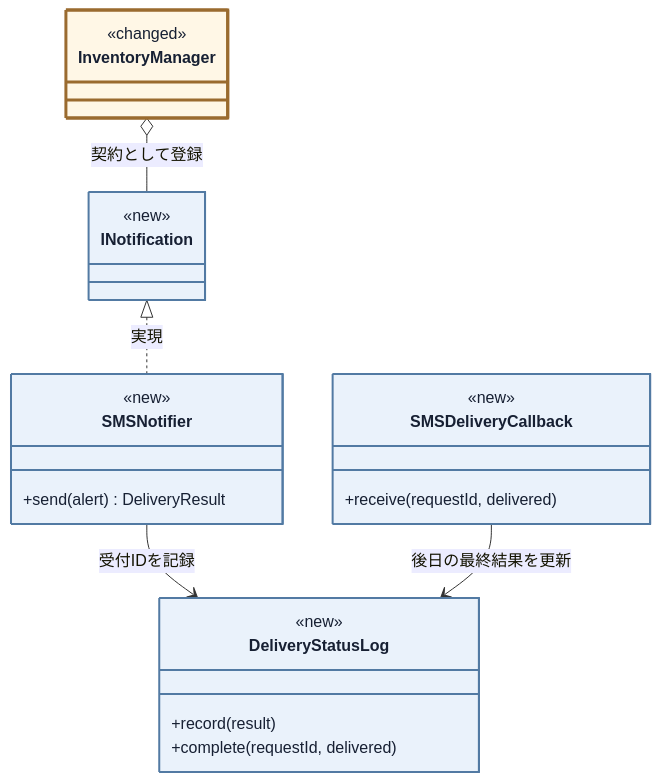
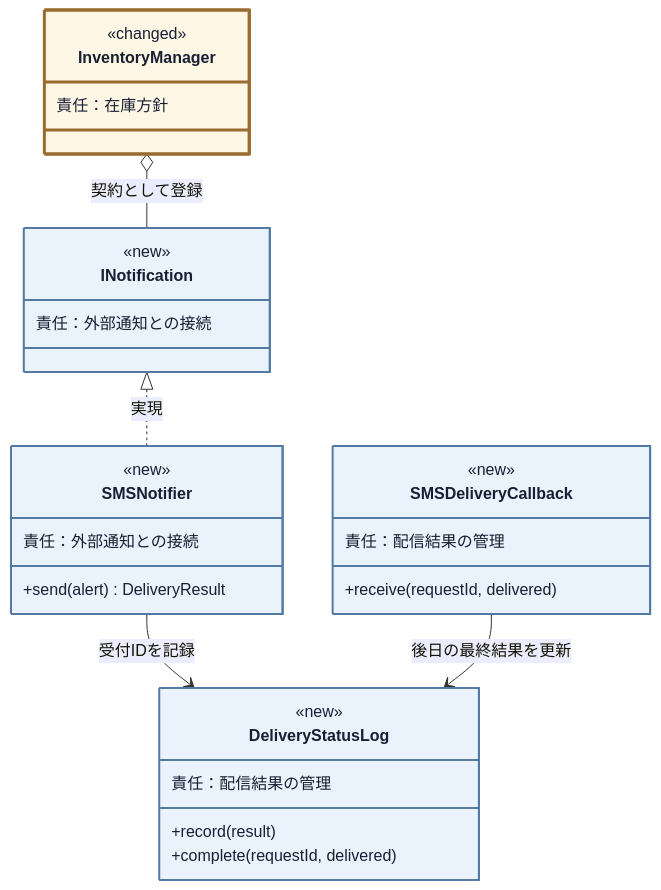
Before and after one commit to kumachan1101-pixel/DesignPattern: diagram 12 of 19 in kindle/design-patterns/books/volume01-core-patterns/output/05-chapter03.md, drawn with Mermaid. The commit also changed other lines of this file and 19 other files, not shown here.

````diff
--- a/kindle/design-patterns/books/volume01-core-patterns/output/05-chapter03.md
+++ b/kindle/design-patterns/books/volume01-core-patterns/output/05-chapter03.md
@@ -1902,31 +1722,36 @@
 ```mermaid
 classDiagram
     direction TB
     class InventoryManager:::touched {
         <<changed>>
+        責任：在庫方針
     }
     class INotification:::added {
         <<new>>
         <<interface>>
+        責任：外部通知との接続
     }
     class SMSNotifier:::added {
         <<new>>
+        責任：外部通知との接続
         +send(alert) DeliveryResult
     }
     class DeliveryStatusLog:::added {
         <<new>>
+        責任：配信結果の管理
         +record(result)
         +complete(requestId, delivered)
     }
     class SMSDeliveryCallback:::added {
         <<new>>
+        責任：配信結果の管理
         +receive(requestId, delivered)
     }
     InventoryManager o-- INotification : 契約として登録
     INotification <|.. SMSNotifier : 実現
     SMSNotifier --> DeliveryStatusLog : 受付IDを記録
     SMSDeliveryCallback --> DeliveryStatusLog : 後日の最終結果を更新
 
     classDef added fill:#eaf2fb,stroke:#527aa3,stroke-width:2px,color:#172033;
     classDef touched fill:#fff7e6,stroke:#9a6b2f,stroke-width:3px,color:#172033;
 ```
````
